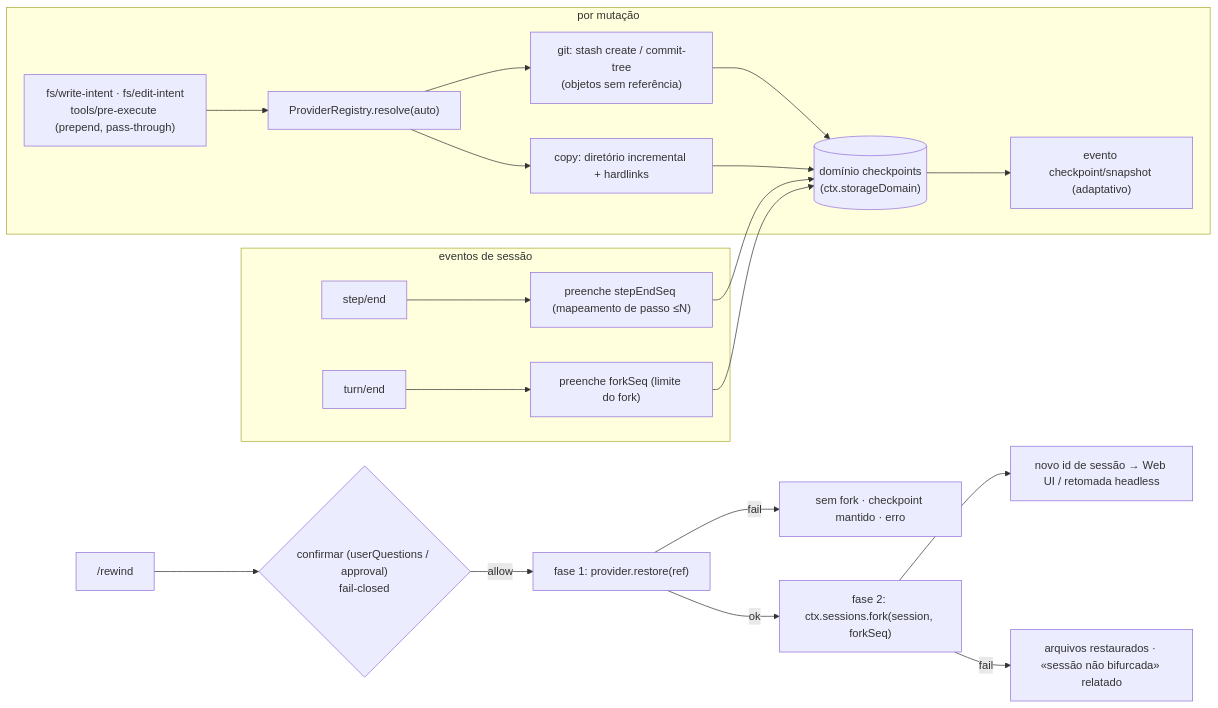
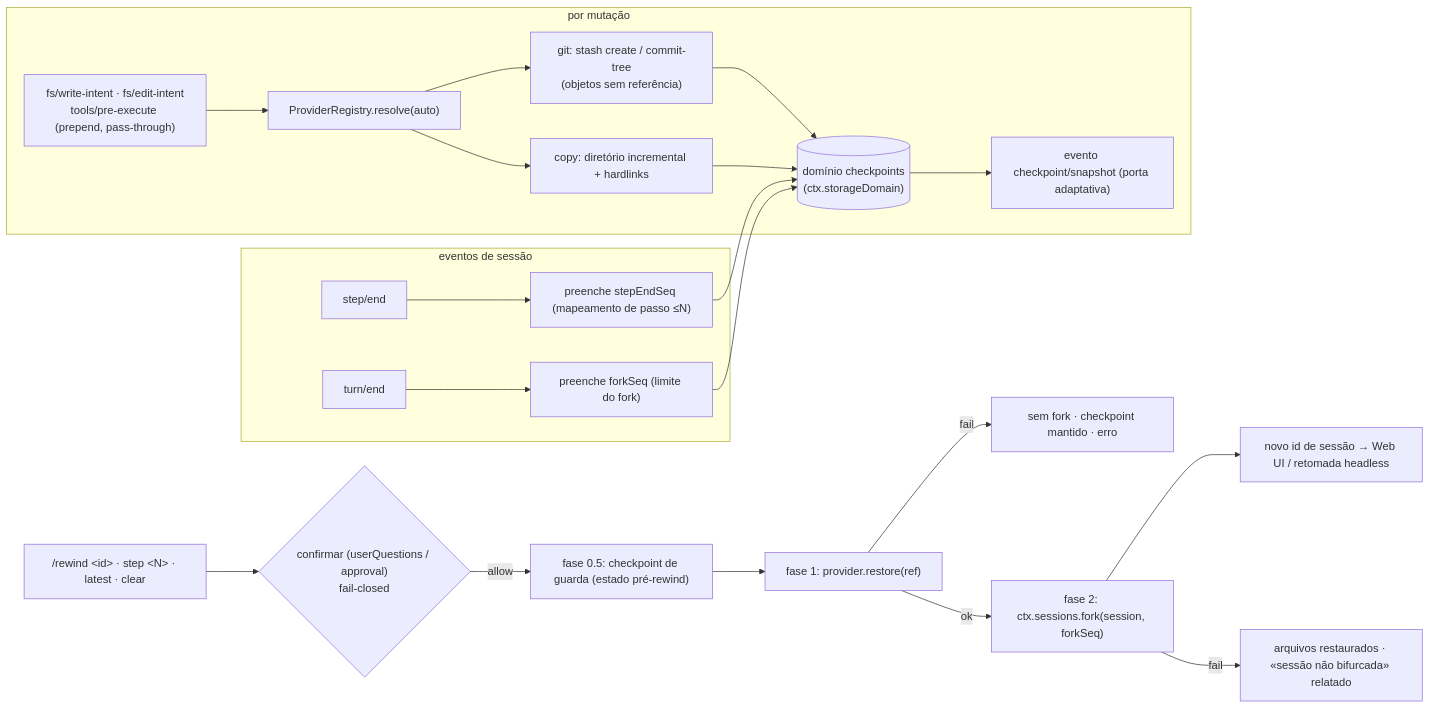
The diagram in README.pt.md (PerryLink/dsh-checkpoint-rewind), drawn with Mermaid before and after one commit. The commit also changed other lines of this file and 8 other files, not shown here.

Commit message:
docs: 0.3.0 —— 五语 README（保护检查点/寻址语法/增量配额/verifyByHash/门 v2/clear）、ARCHITECTURE D9-D13 决策、CHANGELOG、SECURITY 三段式模型、AGENTS 纪律更新

````diff
--- a/README.pt.md
+++ b/README.pt.md
@@ -172,23 +185,24 @@
 ```mermaid
 flowchart LR
   subgraph capture["por mutação"]
     A["fs/write-intent · fs/edit-intent<br/>tools/pre-execute (prepend, pass-through)"] --> B["ProviderRegistry.resolve(auto)"]
     B --> C["git: stash create / commit-tree<br/>(objetos sem referência)"]
     B --> D["copy: diretório incremental + hardlinks"]
     C --> E[("domínio checkpoints<br/>(ctx.storageDomain)")]
     D --> E
-    E --> F["evento checkpoint/snapshot (adaptativo)"]
+    E --> F["evento checkpoint/snapshot (porta adaptativa)"]
   end
   subgraph session["eventos de sessão"]
     G["step/end"] --> H["preenche stepEndSeq (mapeamento de passo ≤N)"]
     I["turn/end"] --> J["preenche forkSeq (limite do fork)"]
     H --> E
     J --> E
   end
-  K["/rewind <id>"] --> L{"confirmar (userQuestions / approval)<br/>fail-closed"}
-  L -->|allow| M["fase 1: provider.restore(ref)"]
-  M -->|ok| N["fase 2: ctx.sessions.fork(session, forkSeq)"]
-  N --> O["novo id de sessão → Web UI / retomada headless"]
-  M -->|fail| P["sem fork · checkpoint mantido · erro"]
-  N -->|fail| Q["arquivos restaurados · «sessão não bifurcada» relatado"]
+  K["/rewind &lt;id&gt; · step &lt;N&gt; · latest · clear"] --> L{"confirmar (userQuestions / approval)<br/>fail-closed"}
+  L -->|allow| M["fase 0.5: checkpoint de guarda (estado pré-rewind)"]
+  M --> N["fase 1: provider.restore(ref)"]
+  N -->|ok| O["fase 2: ctx.sessions.fork(session, forkSeq)"]
+  O --> P["novo id de sessão → Web UI / retomada headless"]
+  N -->|fail| Q["sem fork · checkpoint mantido · erro"]
+  O -->|fail| R["arquivos restaurados · «sessão não bifurcada» relatado"]
 ```
````
